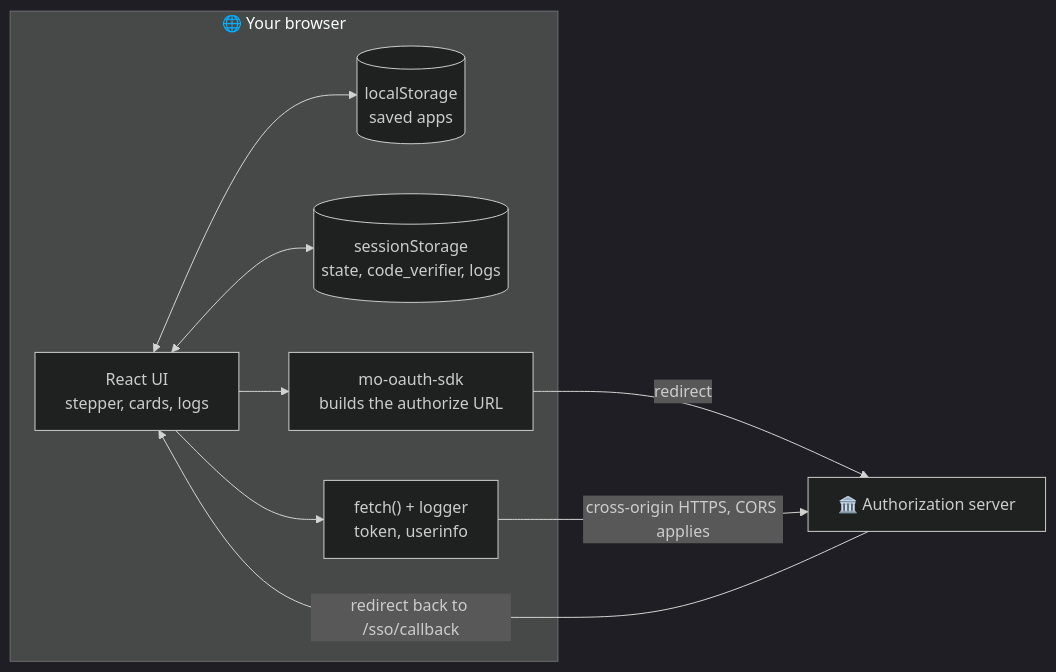
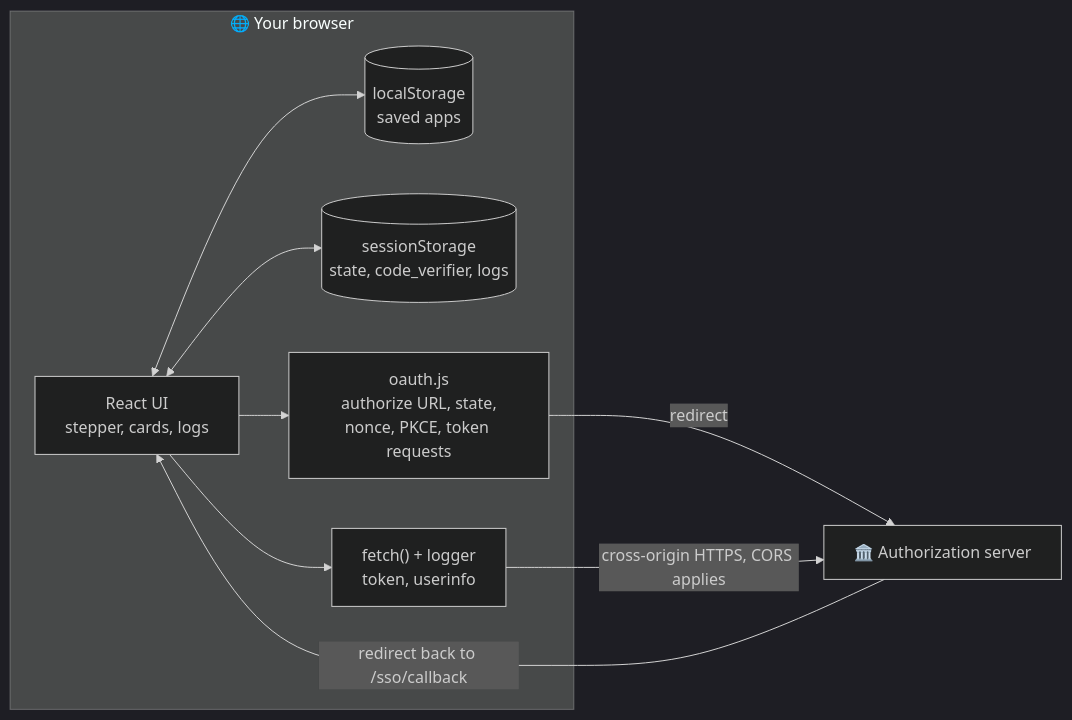
The eighth of 9 diagrams in README.md (sudovex/oauth-playground), drawn with Mermaid (dark theme) before and after one commit. The commit also changed other lines of this file and 9 other files, not shown here.

````diff
--- a/README.md
+++ b/README.md
@@ -307,17 +312,17 @@
 ```mermaid
 flowchart LR
     subgraph Browser["🌐 Your browser"]
         UI["React UI<br/>stepper, cards, logs"]
         LS[("localStorage<br/>saved apps")]
         SS[("sessionStorage<br/>state, code_verifier, logs")]
-        SDK["mo-oauth-sdk<br/>builds the authorize URL"]
+        SDK["oauth.js<br/>authorize URL, state,<br/>nonce, PKCE, token requests"]
         F["fetch() + logger<br/>token, userinfo"]
         UI <--> LS
         UI <--> SS
         UI --> SDK
         UI --> F
     end
     SDK -- "redirect" --> AS["🏛️ Authorization server"]
     AS -- "redirect back to /sso/callback" --> UI
     F -- "cross-origin HTTPS, CORS applies" --> AS
 ```
````
